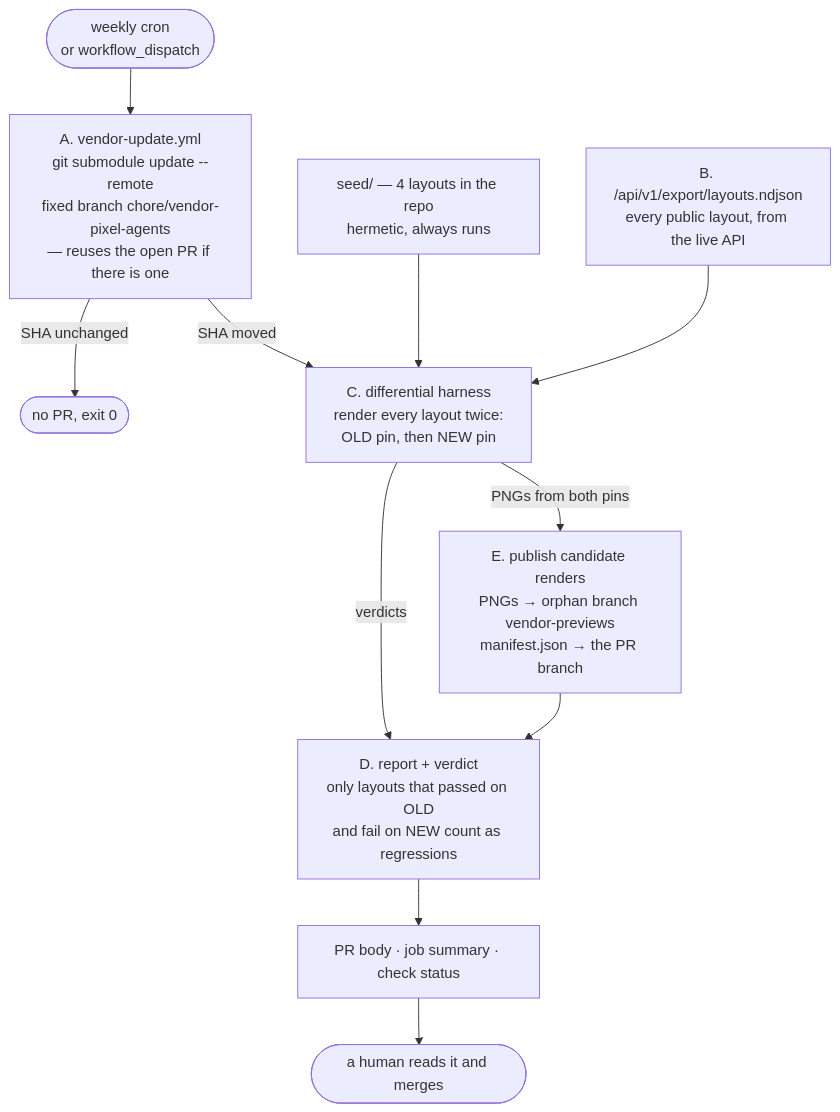
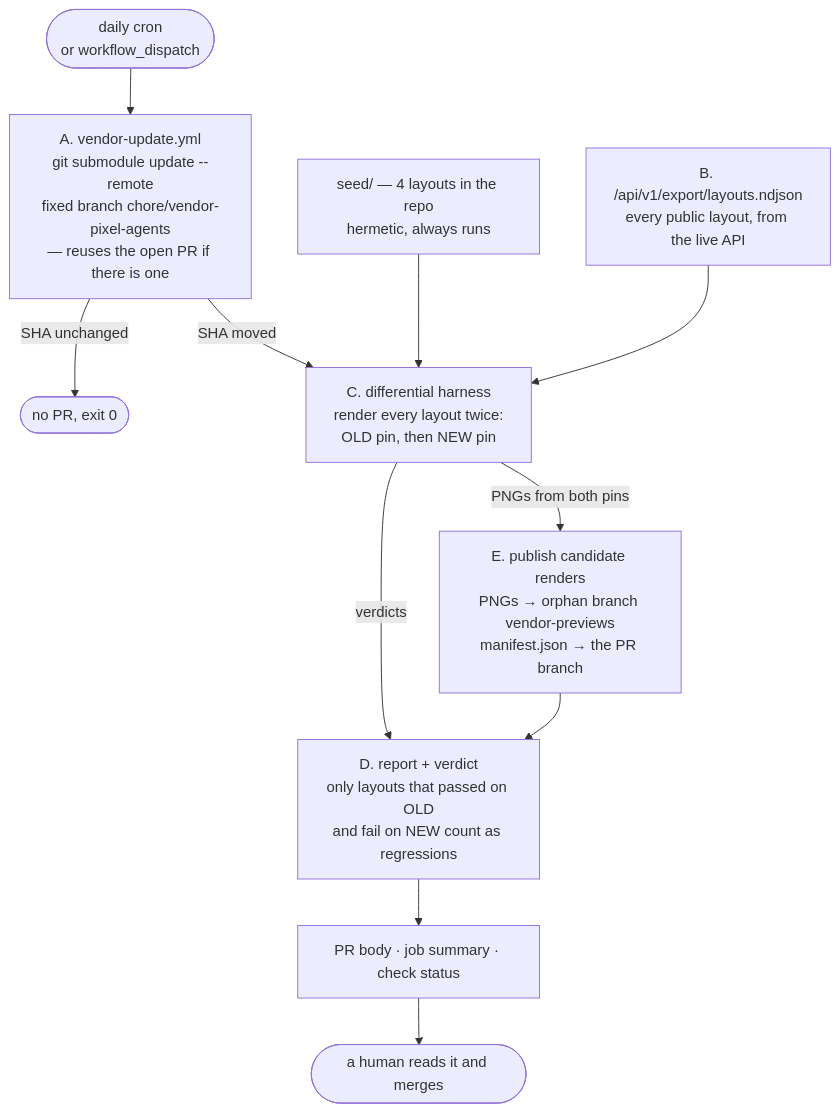
One commit to NNTin/pixel-index changed the first of 6 diagrams in docs/preview-deployments.md. Above: the diagram before and after it, drawn with Mermaid. The commit also changed other lines of this file and 5 other files, not shown here.

````diff
--- a/docs/preview-deployments.md
+++ b/docs/preview-deployments.md
@@ -34,25 +34,25 @@
 ```mermaid
 flowchart TD
-    T(["weekly cron<br/>or workflow_dispatch"]) --> A
+    T(["daily cron<br/>or workflow_dispatch"]) --> A
 
     A["A. vendor-update.yml<br/>git submodule update --remote<br/>fixed branch chore/vendor-pixel-agents<br/>— reuses the open PR if there is one"]
 
     A -->|"SHA unchanged"| STOP(["no PR, exit 0"])
     A -->|"SHA moved"| C
 
     C["C. differential harness<br/>render every layout twice:<br/>OLD pin, then NEW pin"]
 
     SEED["seed/ — 4 layouts in the repo<br/>hermetic, always runs"] --> C
     LIVE["B. /api/v1/export/layouts.ndjson<br/>every public layout, from the live API"] --> C
 
     C -->|"PNGs from both pins"| E
     C -->|"verdicts"| D
 
     E["E. publish candidate renders<br/>PNGs → orphan branch vendor-previews<br/>manifest.json → the PR branch"]
     E --> D
 
     D["D. report + verdict<br/>only layouts that passed on OLD<br/>and fail on NEW count as regressions"]
 
     D --> PR["PR body · job summary · check status"]
     PR --> H(["a human reads it and merges"])
 ```
````
